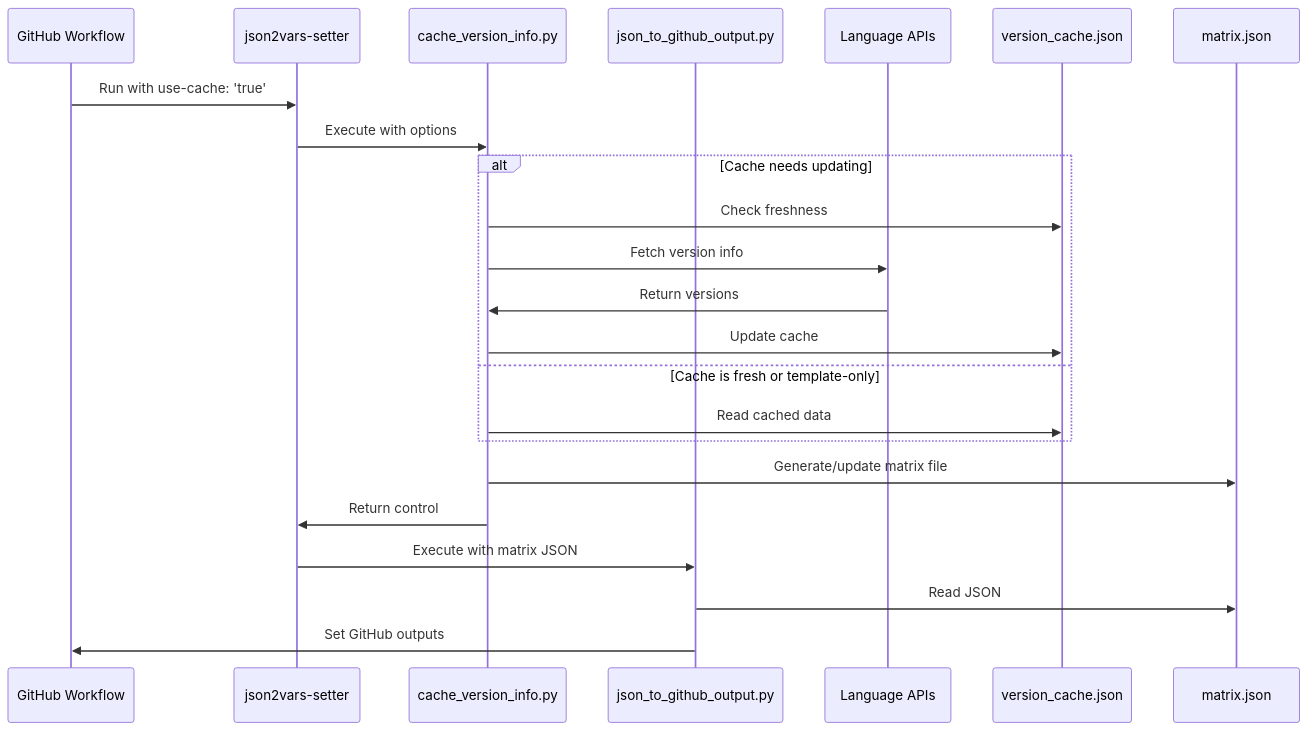
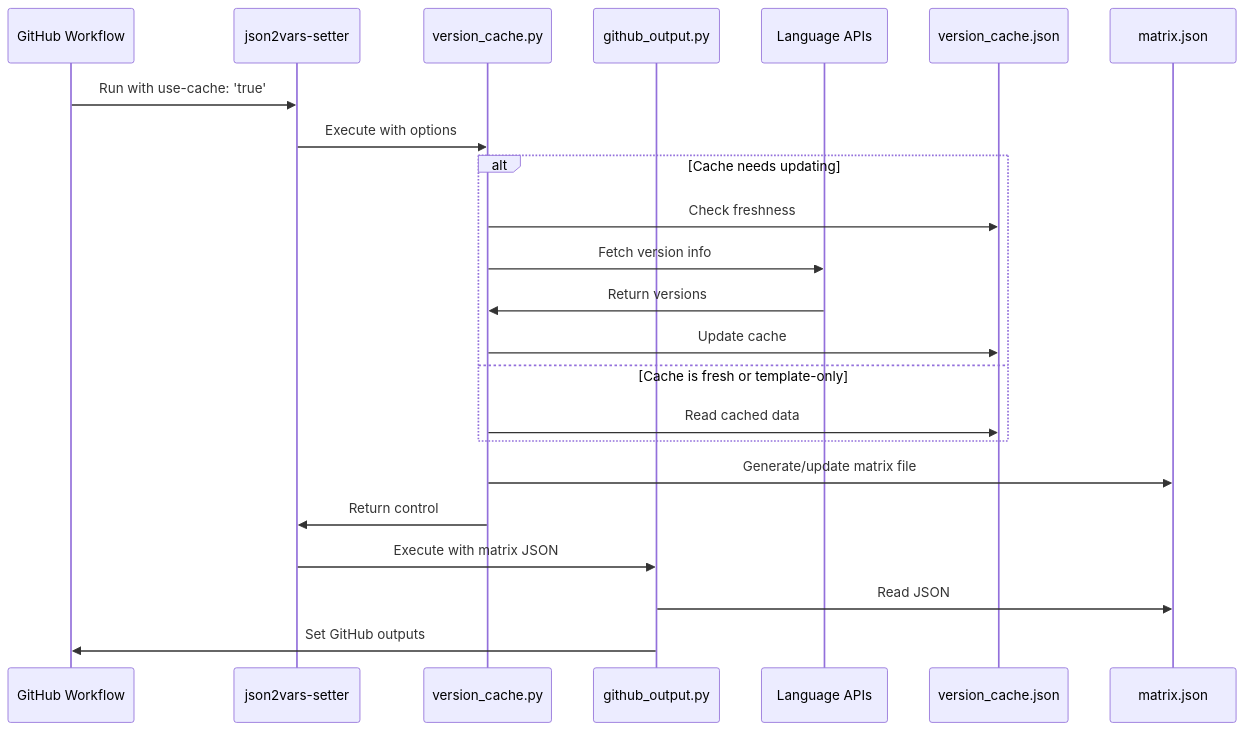
One commit to 7rikazhexde/json2vars-setter changed the second of 2 diagrams in docs/features/version-caching.md. Above: the diagram before and after it, drawn with Mermaid. The commit also changed other lines of this file and 20 other files, not shown here.

````diff
--- a/docs/features/version-caching.md
+++ b/docs/features/version-caching.md
@@ -236,28 +236,28 @@
 ```mermaid
 sequenceDiagram
     participant Workflow as GitHub Workflow
     participant Action as json2vars-setter
-    participant CacheMgr as cache_version_info.py
-    participant Parser as json_to_github_output.py
+    participant CacheMgr as version_cache.py
+    participant Parser as github_output.py
     participant API as Language APIs
     participant Cache as version_cache.json
     participant File as matrix.json
 
     Workflow->>Action: Run with use-cache: 'true'
     Action->>CacheMgr: Execute with options
 
     alt Cache needs updating
         CacheMgr->>Cache: Check freshness
         CacheMgr->>API: Fetch version info
         API->>CacheMgr: Return versions
         CacheMgr->>Cache: Update cache
     else Cache is fresh or template-only
         CacheMgr->>Cache: Read cached data
     end
 
     CacheMgr->>File: Generate/update matrix file
     CacheMgr->>Action: Return control
     Action->>Parser: Execute with matrix JSON
     Parser->>File: Read JSON
     Parser->>Workflow: Set GitHub outputs
 ```
````
